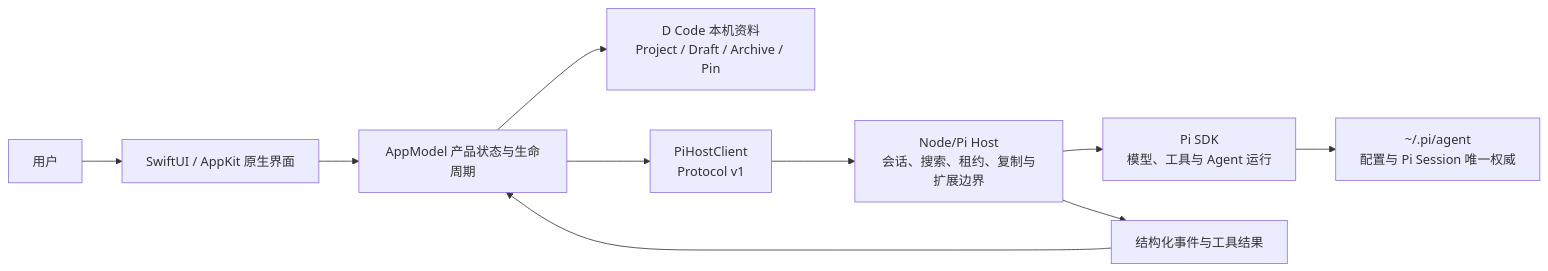
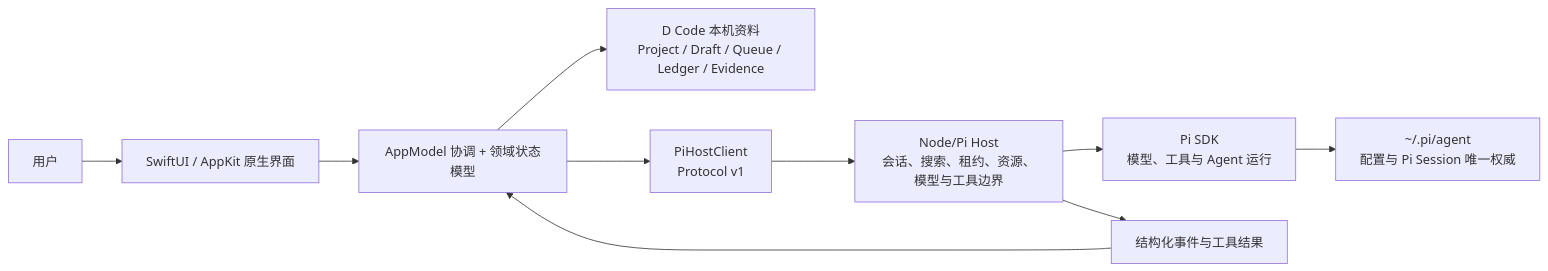
One commit to ssdiwu/dcode changed the diagram in doc/10-架构与运行/README.md. Above: the diagram before and after it, drawn with Mermaid. The commit also changed other lines of this file and 25 other files, not shown here.

````diff
--- a/doc/10-架构与运行/README.md
+++ b/doc/10-架构与运行/README.md
@@ -9,12 +9,12 @@
 ```mermaid
 flowchart LR
     User["用户"] --> UI["SwiftUI / AppKit 原生界面"]
-    UI --> Model["AppModel 产品状态与生命周期"]
-    Model --> Local["D Code 本机资料\nProject / Draft / Archive / Pin"]
+    UI --> Model["AppModel 协调 + 领域状态模型"]
+    Model --> Local["D Code 本机资料\nProject / Draft / Queue / Ledger / Evidence"]
     Model --> Client["PiHostClient\nProtocol v1"]
-    Client --> Host["Node/Pi Host\n会话、搜索、租约、复制与扩展边界"]
+    Client --> Host["Node/Pi Host\n会话、搜索、租约、资源、模型与工具边界"]
     Host --> SDK["Pi SDK\n模型、工具与 Agent 运行"]
     SDK --> Pi["~/.pi/agent\n配置与 Pi Session 唯一权威"]
     Host --> Events["结构化事件与工具结果"]
     Events --> Model
 ```
````
